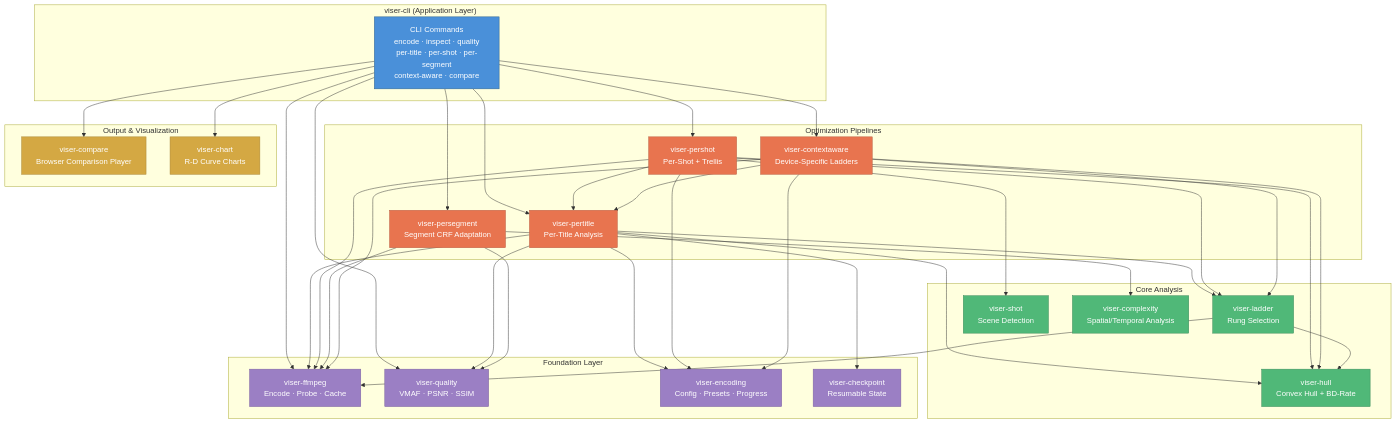
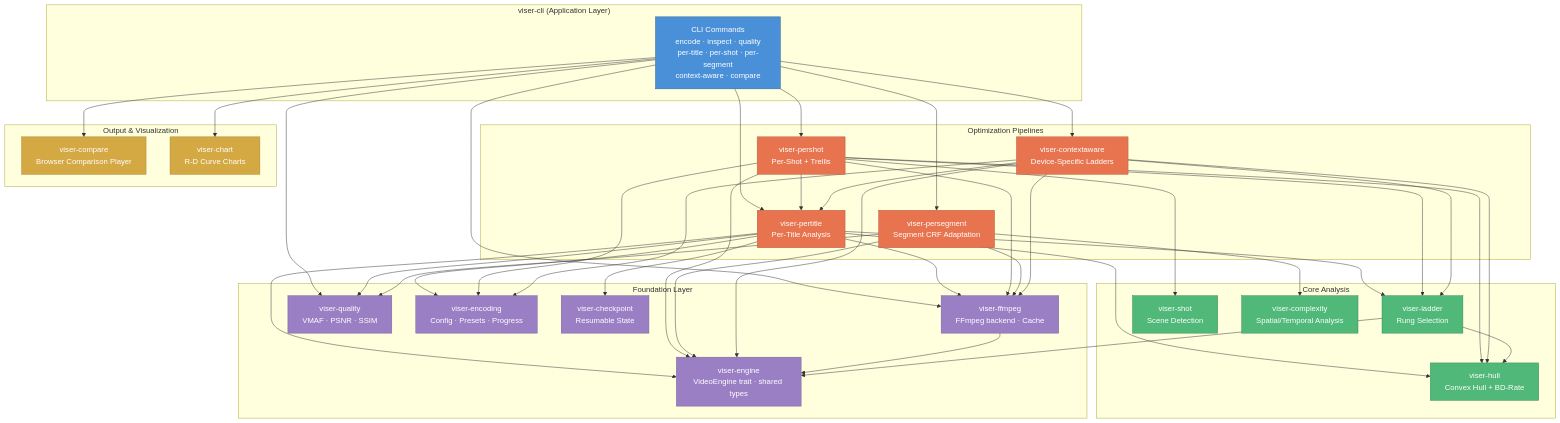
The first of 6 diagrams in docs/system-design.md (vbasky/viser), drawn with Mermaid before and after one commit. The commit also changed other lines of this file and 48 other files, not shown here.

First line of the commit message:
feat: make video pipelines engine-agnostic

````diff
--- a/docs/system-design.md
+++ b/docs/system-design.md
@@ -5,53 +5,55 @@
 ```mermaid
 graph TB
     subgraph CLI["viser-cli (Application Layer)"]
         CMD[CLI Commands<br/>encode · inspect · quality<br/>per-title · per-shot · per-segment<br/>context-aware · compare]
     end
 
     subgraph Pipelines["Optimization Pipelines"]
         PT[viser-pertitle<br/>Per-Title Analysis]
         PS[viser-pershot<br/>Per-Shot + Trellis]
         SEG[viser-persegment<br/>Segment CRF Adaptation]
         CA[viser-contextaware<br/>Device-Specific Ladders]
     end
 
     subgraph Core["Core Analysis"]
         HULL[viser-hull<br/>Convex Hull + BD-Rate]
         LADDER[viser-ladder<br/>Rung Selection]
         SHOT[viser-shot<br/>Scene Detection]
         CX[viser-complexity<br/>Spatial/Temporal Analysis]
     end
 
     subgraph Foundation["Foundation Layer"]
-        FF[viser-ffmpeg<br/>Encode · Probe · Cache]
+        ENG[viser-engine<br/>VideoEngine trait · shared types]
+        FF[viser-ffmpeg<br/>FFmpeg backend · Cache]
         QM[viser-quality<br/>VMAF · PSNR · SSIM]
         ENC[viser-encoding<br/>Config · Presets · Progress]
         CP[viser-checkpoint<br/>Resumable State]
     end
 
     subgraph Output["Output & Visualization"]
         CMP[viser-compare<br/>Browser Comparison Player]
         CHT[viser-chart<br/>R-D Curve Charts]
     end
 
     CMD --> PT & PS & SEG & CA & CMP & CHT & FF & QM
 
-    PT --> FF & QM & HULL & LADDER & ENC & CP
-    PS --> PT & SHOT & FF & HULL & LADDER & ENC
-    SEG --> FF & QM & CX
-    CA --> PT & FF & HULL & LADDER & ENC
+    PT --> ENG & FF & QM & HULL & LADDER & ENC & CP
+    PS --> PT & SHOT & ENG & FF & HULL & LADDER & ENC
+    SEG --> ENG & FF & QM & CX
+    CA --> PT & ENG & FF & HULL & LADDER & ENC
 
-    LADDER --> FF & HULL
+    LADDER --> ENG & HULL
+    FF --> ENG
 
     classDef app fill:#4a90d9,stroke:#2c5f8a,color:#fff
     classDef pipeline fill:#e8744f,stroke:#b85a3e,color:#fff
     classDef core fill:#50b878,stroke:#3a8a5a,color:#fff
     classDef foundation fill:#9b7fc4,stroke:#7a60a0,color:#fff
     classDef output fill:#d4a843,stroke:#a88535,color:#fff
 
     class CMD app
     class PT,PS,SEG,CA pipeline
     class HULL,LADDER,SHOT,CX core
-    class FF,QM,ENC,CP foundation
+    class ENG,FF,QM,ENC,CP foundation
     class CMP,CHT output
 ```
````
